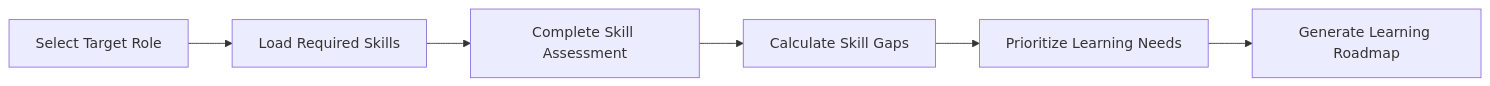
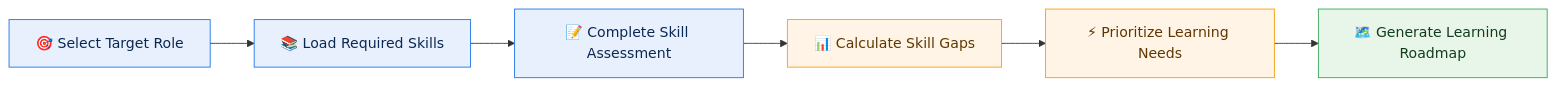
The first of 6 diagrams in README.md (SshaikP/skill-orbit), drawn with Mermaid before and after one commit. The commit also changed other lines of this file, not shown here.

````diff
--- a/README.md
+++ b/README.md
@@ -9,8 +62,15 @@
 ```mermaid
 flowchart LR
-    A[Select Target Role] --> B[Load Required Skills]
-    B --> C[Complete Skill Assessment]
-    C --> D[Calculate Skill Gaps]
-    D --> E[Prioritize Learning Needs]
-    E --> F[Generate Learning Roadmap]
+    A[🎯 Select Target Role] --> B[📚 Load Required Skills]
+    B --> C[📝 Complete Skill Assessment]
+    C --> D[📊 Calculate Skill Gaps]
+    D --> E[⚡ Prioritize Learning Needs]
+    E --> F[🗺️ Generate Learning Roadmap]
+
+    classDef input fill:#e8f0fe,stroke:#1a73e8,color:#0b2852
+    classDef process fill:#fff4e5,stroke:#f59e0b,color:#5f3700
+    classDef output fill:#e8f5e9,stroke:#34a853,color:#123d1d
+    class A,B,C input
+    class D,E process
+    class F output
 ```
````
